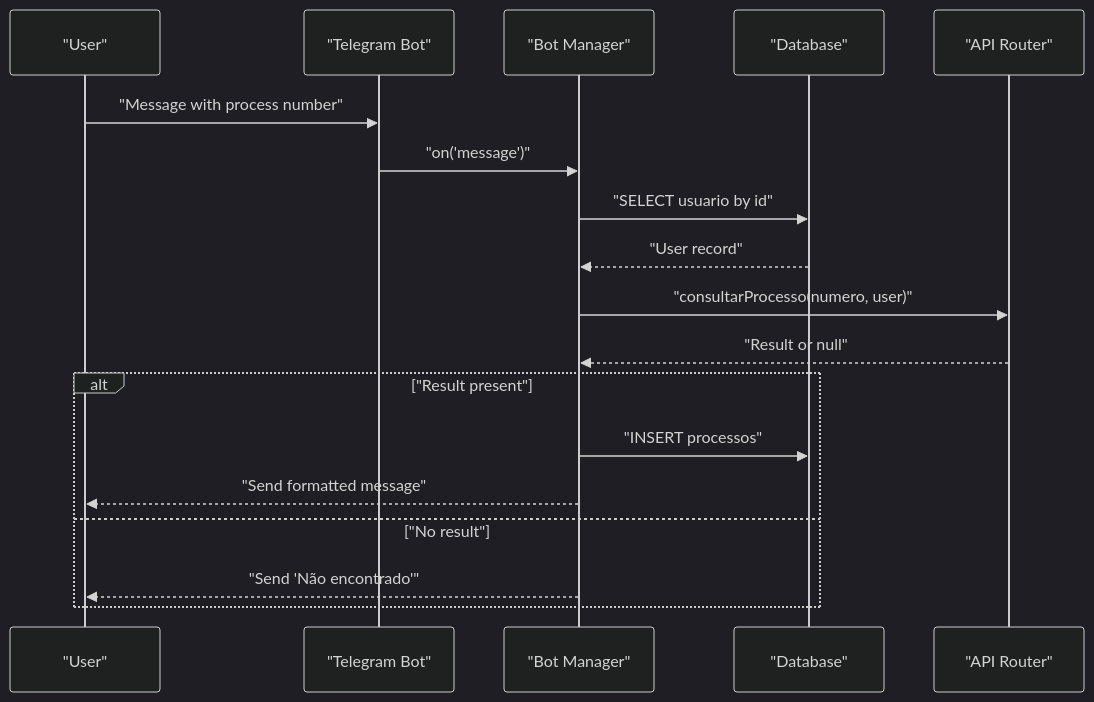
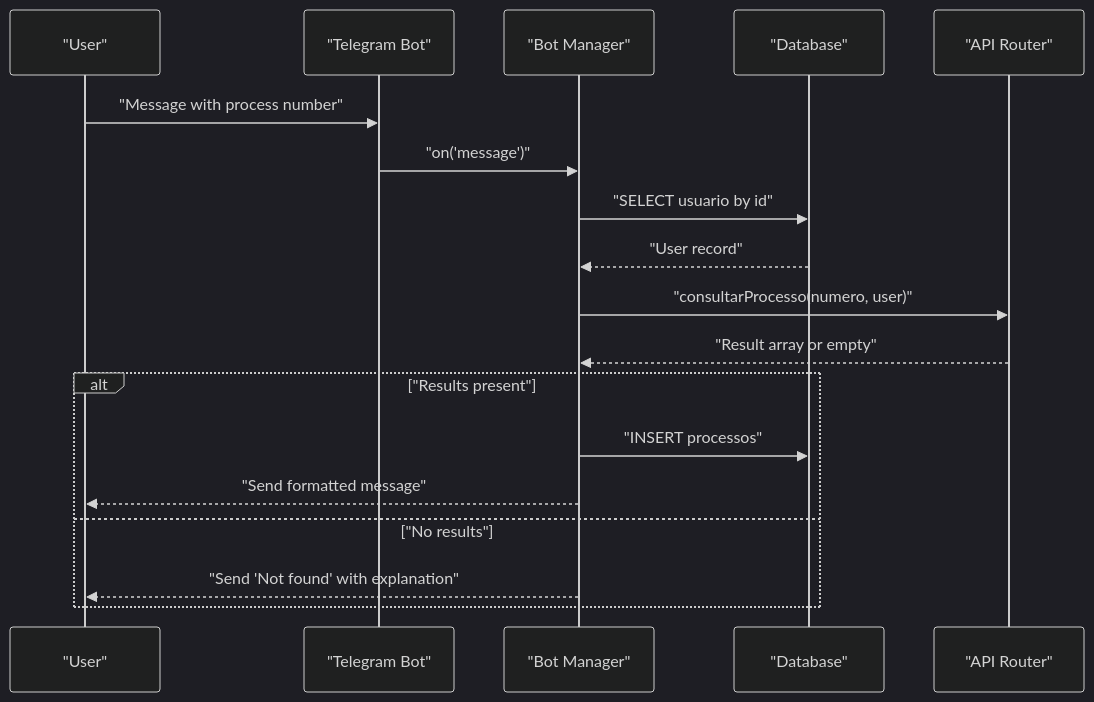
One commit to Alexandrexicara/bot-processos changed the seventh of 10 diagrams in .qoder/repowiki/en/content/API Integration Layer/Fallback and Error Handling.md. Above: the diagram before and after it, drawn with Mermaid (dark theme). The commit also changed other lines of this file and 5 other files, not shown here.

````diff
--- a/.qoder/repowiki/en/content/API Integration Layer/Fallback and Error Handling.md
+++ b/.qoder/repowiki/en/content/API Integration Layer/Fallback and Error Handling.md
@@ -278,20 +306,20 @@
 ```mermaid
 sequenceDiagram
 participant U as "User"
 participant T as "Telegram Bot"
 participant BM as "Bot Manager"
 participant DB as "Database"
 participant AR as "API Router"
 U->>T : "Message with process number"
 T->>BM : "on('message')"
 BM->>DB : "SELECT usuario by id"
 DB-->>BM : "User record"
 BM->>AR : "consultarProcesso(numero, user)"
-AR-->>BM : "Result or null"
-alt "Result present"
+AR-->>BM : "Result array or empty"
+alt "Results present"
 BM->>DB : "INSERT processos"
 BM-->>U : "Send formatted message"
-else "No result"
-BM-->>U : "Send 'Não encontrado'"
+else "No results"
+BM-->>U : "Send 'Not found' with explanation"
 end
 ```
````
